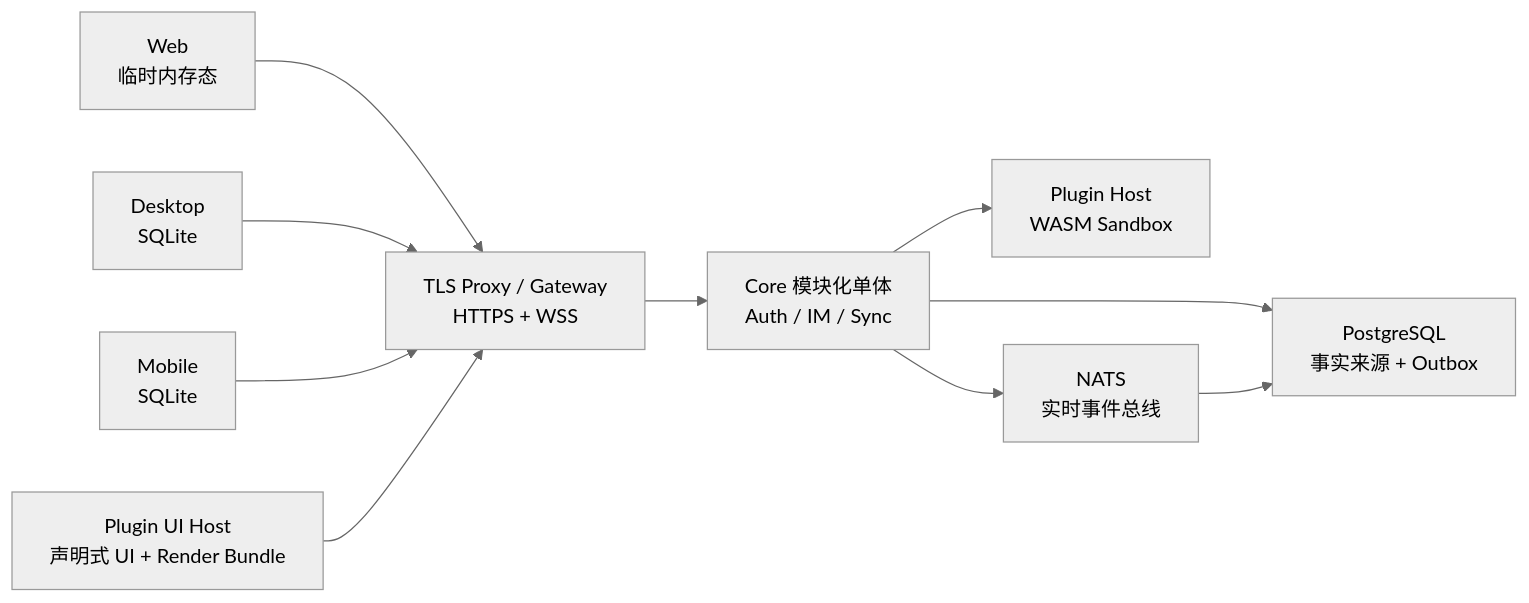
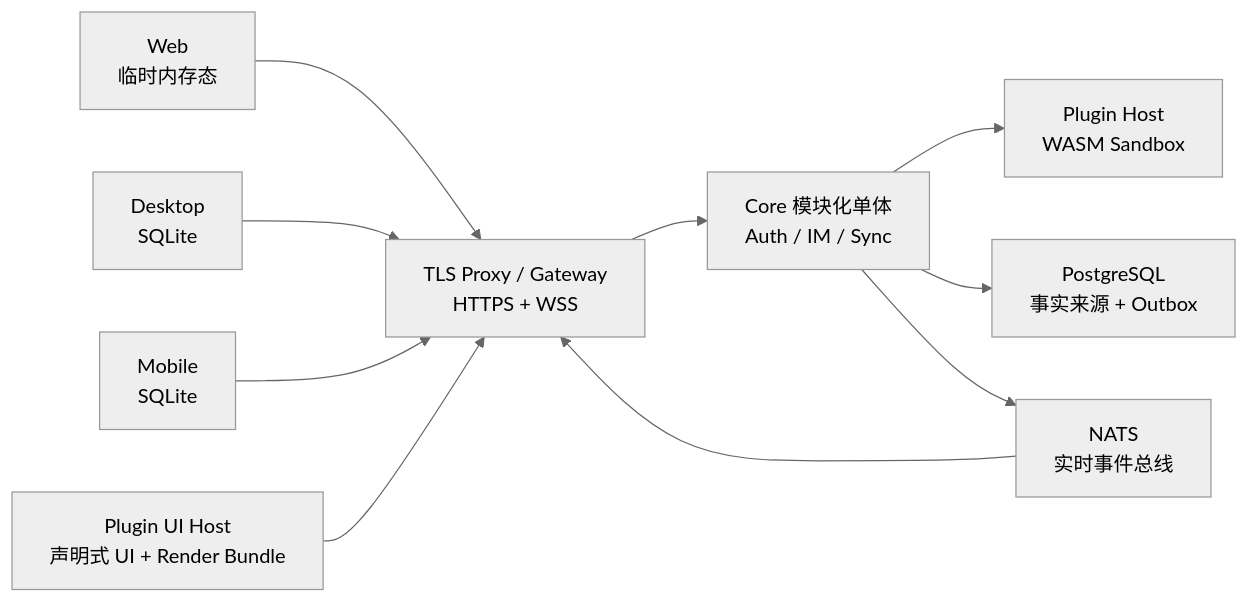
The first of 9 diagrams in spec/architecture/frozen-architecture.md (nilesthump/IM-platform), drawn with Mermaid (neutral theme) before and after one commit. The commit also changed other lines of this file and 62 other files, not shown here.

Commit message:
fix(architecture): reconcile frozen baseline and stage remediation

````diff
--- a/spec/architecture/frozen-architecture.md
+++ b/spec/architecture/frozen-architecture.md
@@ -119,21 +119,21 @@
 ```mermaid
 flowchart LR
   Web["Web<br/>临时内存态"]
   Desktop["Desktop<br/>SQLite"]
   Mobile["Mobile<br/>SQLite"]
   UI["Plugin UI Host<br/>声明式 UI + Render Bundle"]
   Gateway["TLS Proxy / Gateway<br/>HTTPS + WSS"]
   Core["Core 模块化单体<br/>Auth / IM / Sync"]
   Plugin["Plugin Host<br/>WASM Sandbox"]
   PG["PostgreSQL<br/>事实来源 + Outbox"]
   NATS["NATS<br/>实时事件总线"]
   Web --> Gateway
   Desktop --> Gateway
   Mobile --> Gateway
   UI --> Gateway
   Gateway --> Core
   Core --> Plugin
   Core --> PG
   Core --> NATS
-  NATS --> PG
+  NATS --> Gateway
 ```
````
